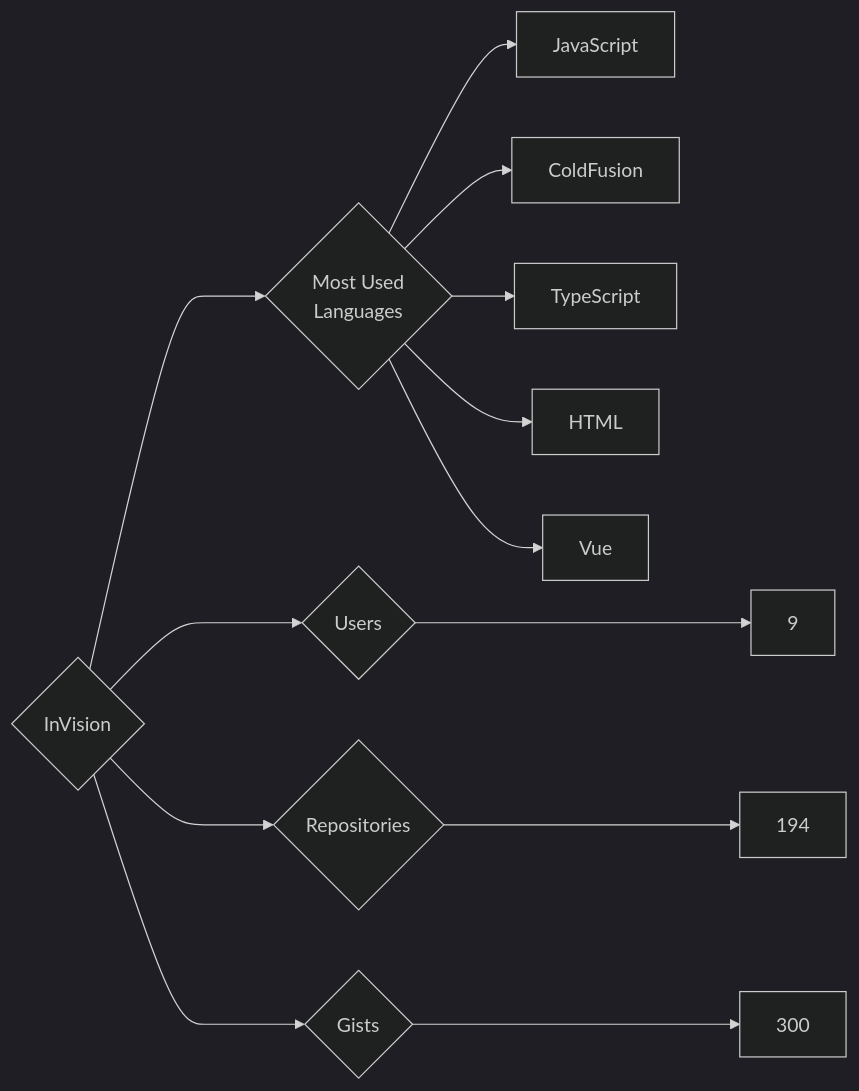
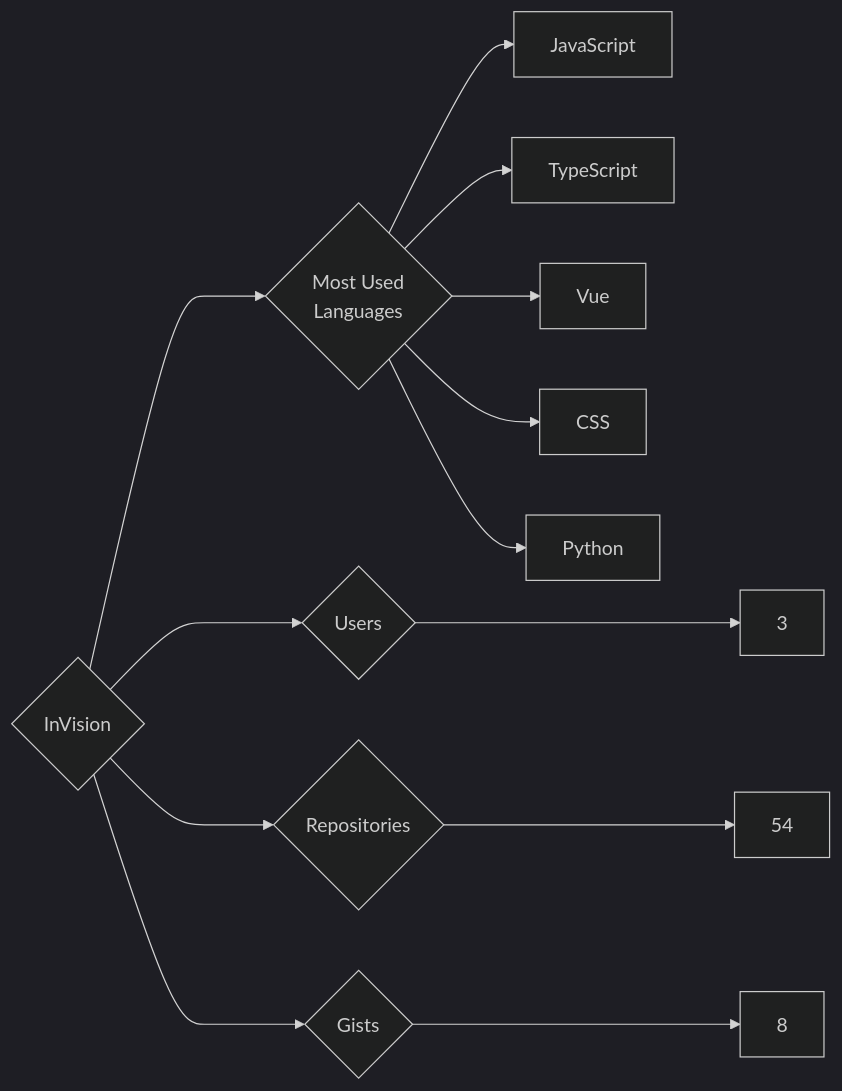
The diagram in targets/InVision/README.md (trickest/insiders), drawn with Mermaid (dark theme) before and after one commit. The commit also changed 888 other files, not shown here.

````diff
--- a/targets/InVision/README.md
+++ b/targets/InVision/README.md
@@ -3,13 +3,13 @@
 ```mermaid
 graph LR
 COMPANY_NAME{InVision}
-COMPANY_NAME ---> U{Users} ---> UN[9]
-COMPANY_NAME ---> R{Repositories} ---> RN[194]
-COMPANY_NAME ---> G{Gists} ---> GN[300]
+COMPANY_NAME ---> U{Users} ---> UN[3]
+COMPANY_NAME ---> R{Repositories} ---> RN[54]
+COMPANY_NAME ---> G{Gists} ---> GN[8]
 COMPANY_NAME ---> ML{Most Used<br>Languages}
 ML --> JavaScript[JavaScript]
-ML --> ColdFusion[ColdFusion]
 ML --> TypeScript[TypeScript]
-ML --> HTML[HTML]
 ML --> Vue[Vue]
+ML --> CSS[CSS]
+ML --> Python[Python]
 ```
````
